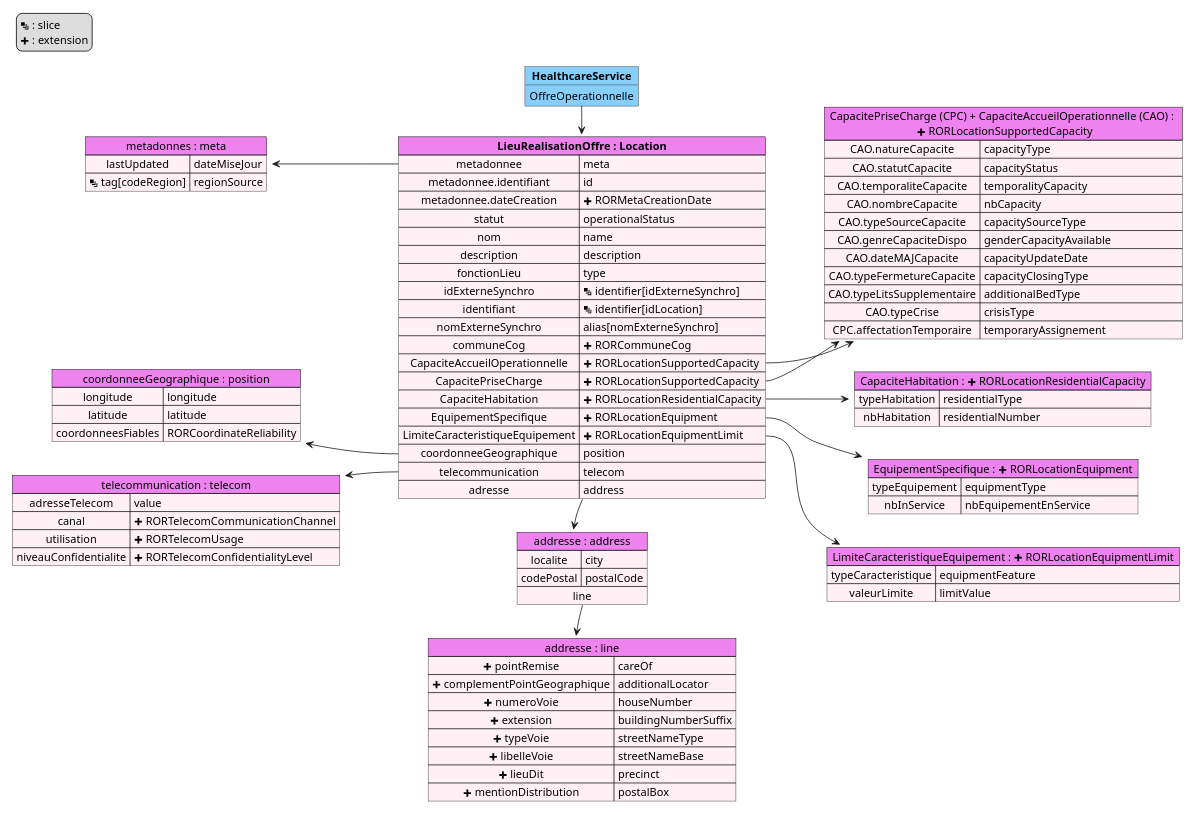
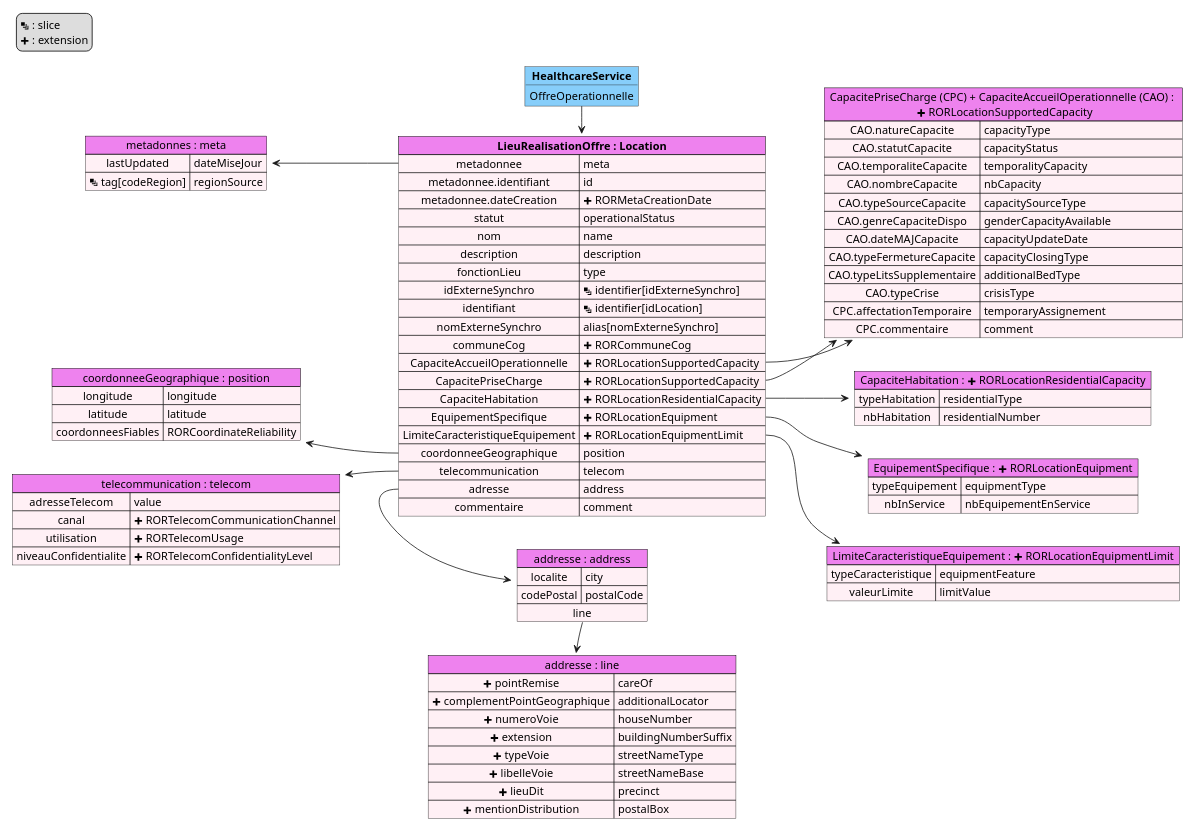
The diagram in input/images-source/mapping-Location.plantuml (ansforge/IG-fhir-repertoire-offre-ressources-sante), drawn with PlantUML before and after one commit. The commit also changed 3 other files, not shown here.

```diff
--- a/input/images-source/mapping-Location.plantuml
+++ b/input/images-source/mapping-Location.plantuml
@@ -1,117 +1,119 @@
 @startuml mapping-Location
 
 left to right direction
 
 scale 1000 width
 
 legend top left
   <&layers> : slice
   <&plus> : extension
 endlegend
 
 
 map "metadonnes : meta" as meta #back:LavenderBlush;header:Violet {
     lastUpdated => dateMiseJour 
     <&layers> tag[codeRegion] => regionSource
 }
 
 map "EquipementSpecifique : <&plus> RORLocationEquipment" as RORLocationEquipment #back:LavenderBlush;header:Violet {
     typeEquipement => equipmentType
     nbInService => nbEquipementEnService
 }
 
 map "LimiteCaracteristiqueEquipement : <&plus> RORLocationEquipmentLimit" as RORLocationEquipmentLimit #back:LavenderBlush;header:Violet {
     typeCaracteristique => equipmentFeature
     valeurLimite => limitValue
 }
 
 map "CapaciteHabitation : <&plus> RORLocationResidentialCapacity" as RORLocationResidentialCapacity #back:LavenderBlush;header:Violet {
     typeHabitation => residentialType
     nbHabitation => residentialNumber
 }
 
 map "CapacitePriseCharge (CPC) + CapaciteAccueilOperationnelle (CAO) : \n <&plus> RORLocationSupportedCapacity" as RORLocationSupportedCapacity #back:LavenderBlush;header:Violet {
     CAO.natureCapacite => capacityType
     CAO.statutCapacite => capacityStatus
     CAO.temporaliteCapacite => temporalityCapacity
     CAO.nombreCapacite => nbCapacity
     CAO.typeSourceCapacite => capacitySourceType
     CAO.genreCapaciteDispo => genderCapacityAvailable
     CAO.dateMAJCapacite => capacityUpdateDate
     CAO.typeFermetureCapacite => capacityClosingType
     CAO.typeLitsSupplementaire => additionalBedType
     CAO.typeCrise => crisisType
     CPC.affectationTemporaire => temporaryAssignement
+    CPC.commentaire => comment
 }
 
 map "telecommunication : telecom" as telecom #back:LavenderBlush;header:Violet {
     adresseTelecom => value
     canal => <&plus> RORTelecomCommunicationChannel
     utilisation => <&plus> RORTelecomUsage
     niveauConfidentialite => <&plus> RORTelecomConfidentialityLevel
 }
 
 map "addresse : line" as addressLine #back:LavenderBlush;header:Violet {
     <&plus> pointRemise => careOf
     <&plus> complementPointGeographique => additionalLocator
     <&plus> numeroVoie => houseNumber
     <&plus> extension => buildingNumberSuffix
     <&plus> typeVoie => streetNameType
     <&plus> libelleVoie => streetNameBase
     <&plus> lieuDit => precinct
     <&plus> mentionDistribution => postalBox
 }
 
 map "addresse : address" as address #back:LavenderBlush;header:Violet {
     localite => city
     codePostal => postalCode
     line *-> addressLine
 }
 
 map "coordonneeGeographique : position" as position #back:LavenderBlush;header:Violet {
     longitude => longitude
     latitude => latitude
     coordonneesFiables => RORCoordinateReliability
 }
 
 
 map "**LieuRealisationOffre : Location**" as L #back:LavenderBlush;header:Violet {
     metadonnee => meta 
     metadonnee.identifiant => id
     metadonnee.dateCreation => <&plus> RORMetaCreationDate
     statut => operationalStatus
     nom => name
     description => description
     fonctionLieu => type
     idExterneSynchro => <&layers> identifier[idExterneSynchro]
     identifiant => <&layers> identifier[idLocation]
     nomExterneSynchro => alias[nomExterneSynchro]
     communeCog => <&plus> RORCommuneCog
     CapaciteAccueilOperationnelle => <&plus> RORLocationSupportedCapacity 
     CapacitePriseCharge => <&plus> RORLocationSupportedCapacity
     CapaciteHabitation => <&plus> RORLocationResidentialCapacity
     EquipementSpecifique => <&plus> RORLocationEquipment
     LimiteCaracteristiqueEquipement => <&plus> RORLocationEquipmentLimit
     coordonneeGeographique => position
     telecommunication => telecom
     adresse => address
+    commentaire => comment
 }
 
 meta <-- L::metadonnee
 telecom <-- L::telecommunication
 position <-- L::coordonneeGeographique
 L::adresse -> address
 L::EquipementSpecifique --> RORLocationEquipment
 L::LimiteCaracteristiqueEquipement --> RORLocationEquipmentLimit
 L::CapaciteHabitation--> RORLocationResidentialCapacity
 L::CapacitePriseCharge--> RORLocationSupportedCapacity
 L::CapaciteAccueilOperationnelle --> RORLocationSupportedCapacity
 
 
 object "**HealthcareService**" as HS #LightSkyBlue {
     OffreOperationnelle
 }
 
 HS -> L
 
 @enduml
```
